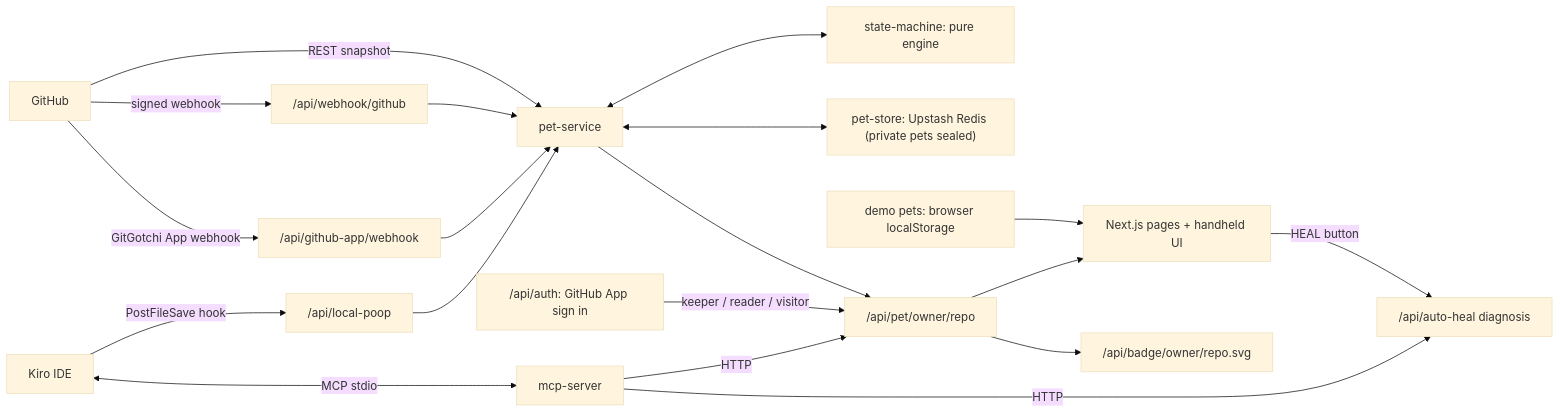
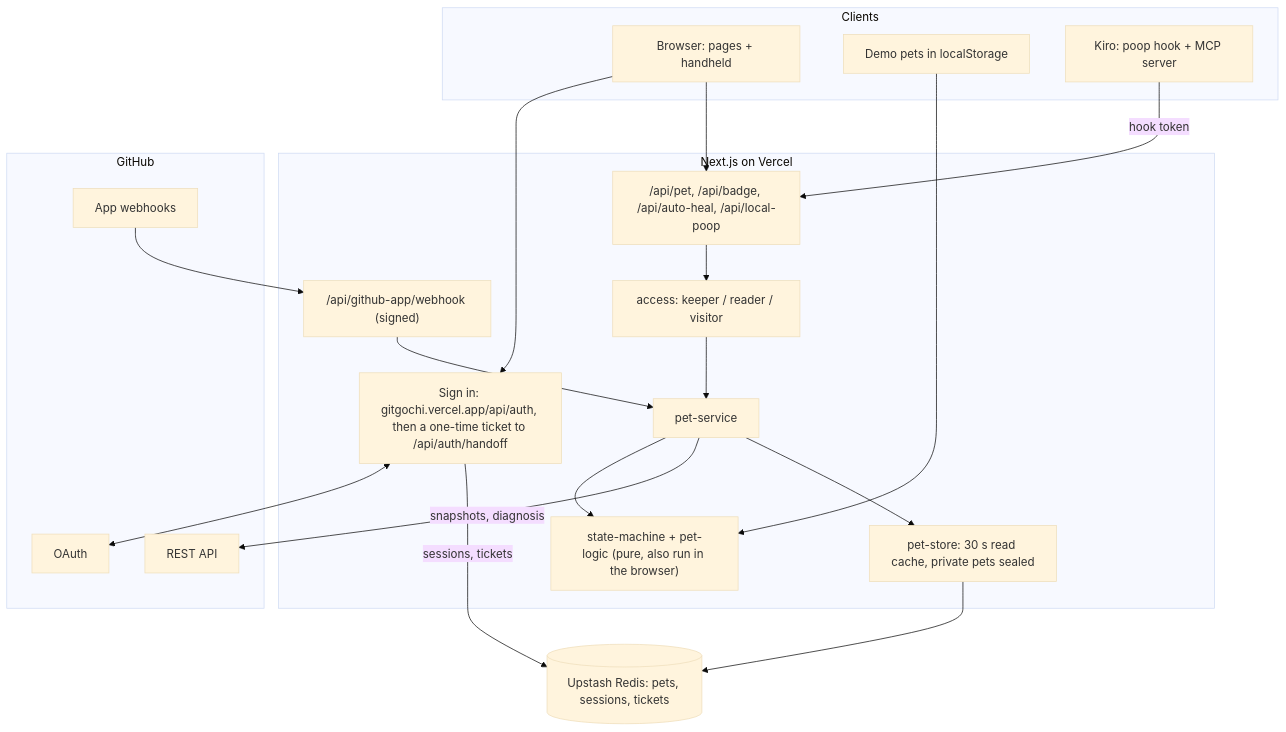
The diagram in README.md (Zee7X/gitgochi), drawn with Mermaid (base theme) before and after one commit. The commit also changed other lines of this file and 4 other files, not shown here.

Commit message:
docs: README cross-check, How it differs, Security, current architecture, fresh screenshots from production

````diff
--- a/README.md
+++ b/README.md
@@ -188,37 +201,35 @@
 ```mermaid
-flowchart LR
-  GH["GitHub"]
-  WH["/api/webhook/github"]
-  SVC["pet-service"]
-  ENG["state-machine: pure engine"]
-  STORE["pet-store: Upstash Redis (private pets sealed)"]
-  APPWH["/api/github-app/webhook"]
-  AUTH["/api/auth: GitHub App sign in"]
-  DEMO["demo pets: browser localStorage"]
-  API["/api/pet/owner/repo"]
-  UI["Next.js pages + handheld UI"]
-  BADGE["/api/badge/owner/repo.svg"]
-  KIRO["Kiro IDE"]
-  LP["/api/local-poop"]
-  MCP["mcp-server"]
-  HEAL["/api/auto-heal diagnosis"]
+flowchart TB
+  subgraph Clients
+    UI["Browser: pages + handheld"]
+    DEMO["Demo pets in localStorage"]
+    KIRO["Kiro: poop hook + MCP server"]
+  end
+  subgraph Vercel["Next.js on Vercel"]
+    AUTH["Sign in: gitgochi.vercel.app/api/auth, then a one-time ticket to /api/auth/handoff"]
+    ROUTES["/api/pet, /api/badge, /api/auto-heal, /api/local-poop"]
+    WH["/api/github-app/webhook (signed)"]
+    ACCESS["access: keeper / reader / visitor"]
+    SVC["pet-service"]
+    ENG["state-machine + pet-logic (pure, also run in the browser)"]
+    STORE["pet-store: 30 s read cache, private pets sealed"]
+  end
+  subgraph GitHub
+    OAUTH["OAuth"]
+    REST["REST API"]
+    HOOKS["App webhooks"]
+  end
+  KV[("Upstash Redis: pets, sessions, tickets")]
 
-  GH -->|REST snapshot| SVC
-  GH -->|signed webhook| WH
-  GH -->|GitGotchi App webhook| APPWH
-  WH --> SVC
-  APPWH --> SVC
-  AUTH -->|keeper / reader / visitor| API
-  DEMO --> UI
-  SVC <--> ENG
-  SVC <--> STORE
-  SVC --> API
-  API --> UI
-  API --> BADGE
-  KIRO -->|PostFileSave hook| LP
-  LP --> SVC
-  KIRO <-->|MCP stdio| MCP
-  MCP -->|HTTP| API
-  MCP -->|HTTP| HEAL
-  UI -->|HEAL button| HEAL
+  UI --> AUTH
+  AUTH <--> OAUTH
+  UI --> ROUTES
+  KIRO -->|hook token| ROUTES
+  DEMO --> ENG
+  ROUTES --> ACCESS --> SVC
+  HOOKS --> WH --> SVC
+  SVC --> ENG
+  SVC -->|snapshots, diagnosis| REST
+  SVC --> STORE --> KV
+  AUTH -->|sessions, tickets| KV
 ```
````
